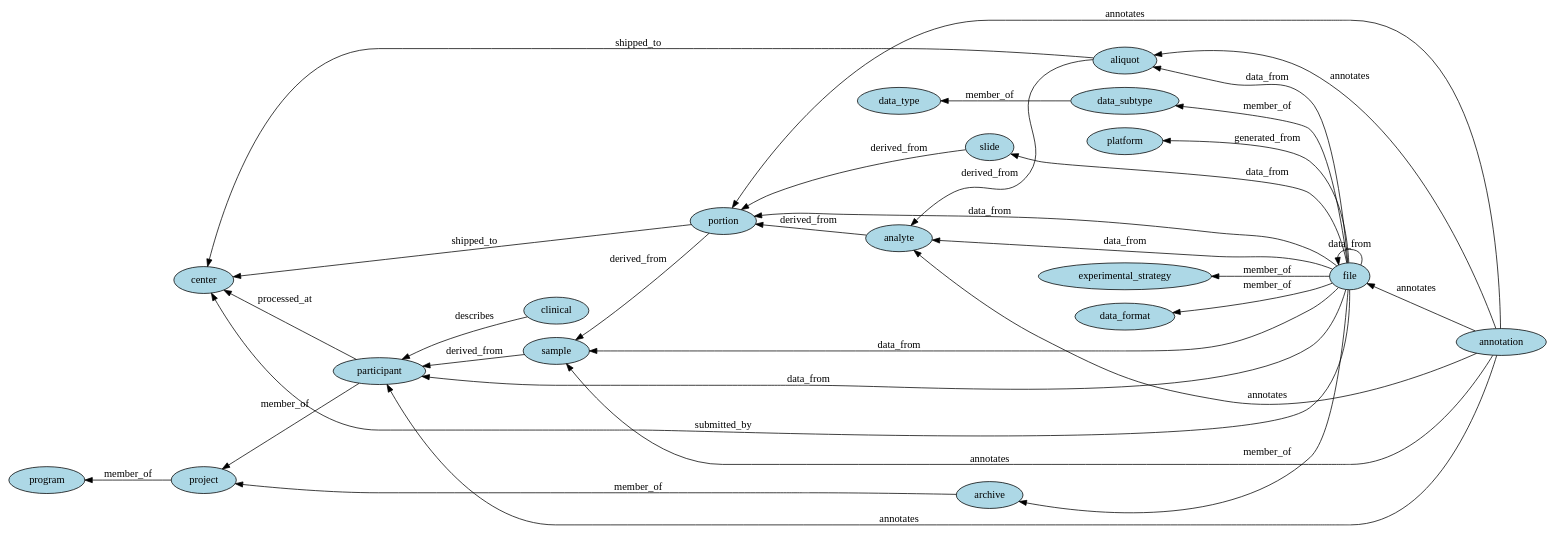
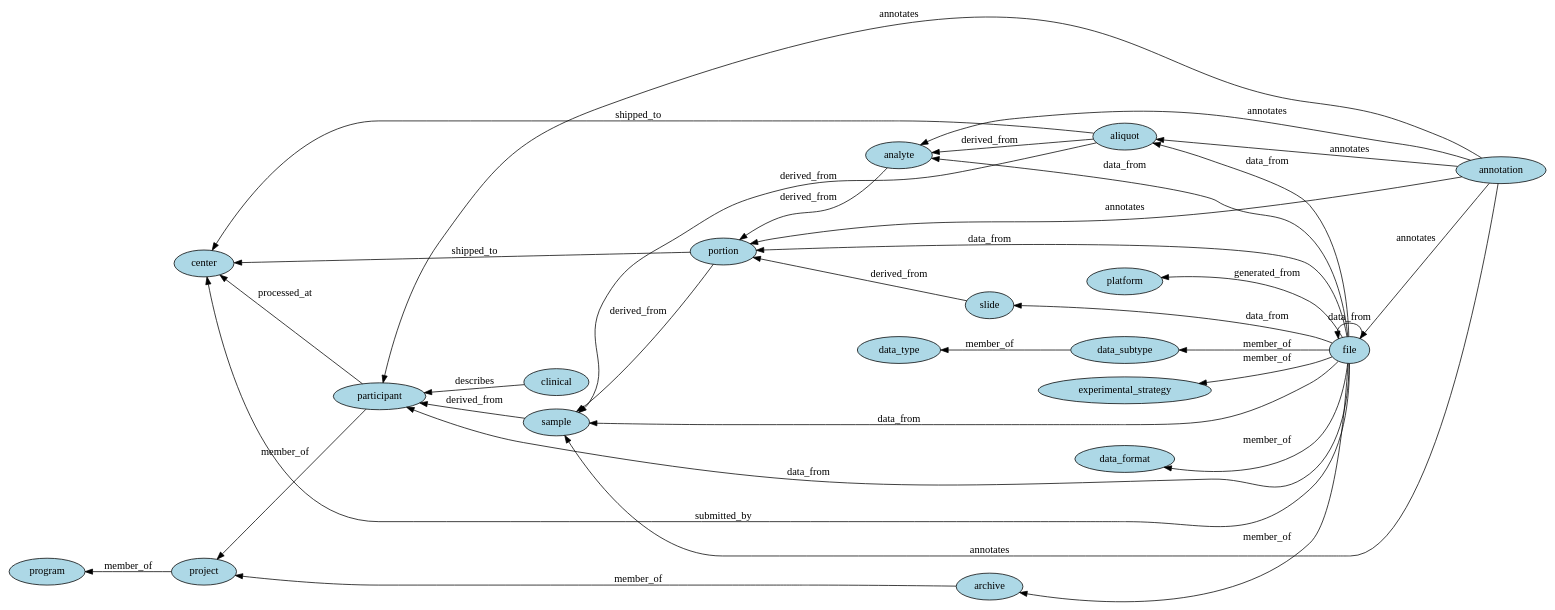
Before and after one commit to NCI-GDC/gdcdatamodel: the diagram in avro/viz/gdc_data_model.gv, drawn with Graphviz. The commit also changed 5 other files, not shown here.

Commit message:
Added edge from aliquot to sample

```diff
--- a/avro/viz/gdc_data_model.gv
+++ b/avro/viz/gdc_data_model.gv
@@ -1,55 +1,56 @@
 // High level graph representation of GDC data model
 digraph {
 	graph [rankdir=RL]
 	node [fillcolor=lightblue style=filled]
 		aliquot [label=aliquot]
 		analyte [label=analyte]
 		portion [label=portion]
 		sample [label=sample]
 		participant [label=participant]
 		project [label=project]
 		program [label=program]
 		center [label=center]
 		platform [label=platform]
 		data_type [label=data_type]
 		data_subtype [label=data_subtype]
 		experimental_strategy [label=experimental_strategy]
 		data_format [label=data_format]
 		file [label=file]
 		archive [label=archive]
 		annotation [label=annotation]
 		clinical [label=clinical]
 		slide [label=slide]
 			aliquot -> analyte [label=derived_from]
+			aliquot -> sample [label=derived_from]
 			analyte -> portion [label=derived_from]
 			portion -> sample [label=derived_from]
 			sample -> participant [label=derived_from]
 			slide -> portion [label=derived_from]
 			participant -> project [label=member_of]
 			project -> program [label=member_of]
 			archive -> project [label=member_of]
 			file -> archive [label=member_of]
 			file -> experimental_strategy [label=member_of]
 			file -> data_subtype [label=member_of]
 			file -> data_format [label=member_of]
 			data_subtype -> data_type [label=member_of]
 			participant -> center [label=processed_at]
 			file -> platform [label=generated_from]
 			file -> aliquot [label=data_from]
 			file -> analyte [label=data_from]
 			file -> portion [label=data_from]
 			file -> sample [label=data_from]
 			file -> participant [label=data_from]
 			file -> slide [label=data_from]
 			file -> file [label=data_from]
 			clinical -> participant [label=describes]
 			annotation -> participant [label=annotates]
 			annotation -> sample [label=annotates]
 			annotation -> portion [label=annotates]
 			annotation -> analyte [label=annotates]
 			annotation -> aliquot [label=annotates]
 			annotation -> file [label=annotates]
 			aliquot -> center [label=shipped_to]
 			portion -> center [label=shipped_to]
 			file -> center [label=submitted_by]
 }
```
